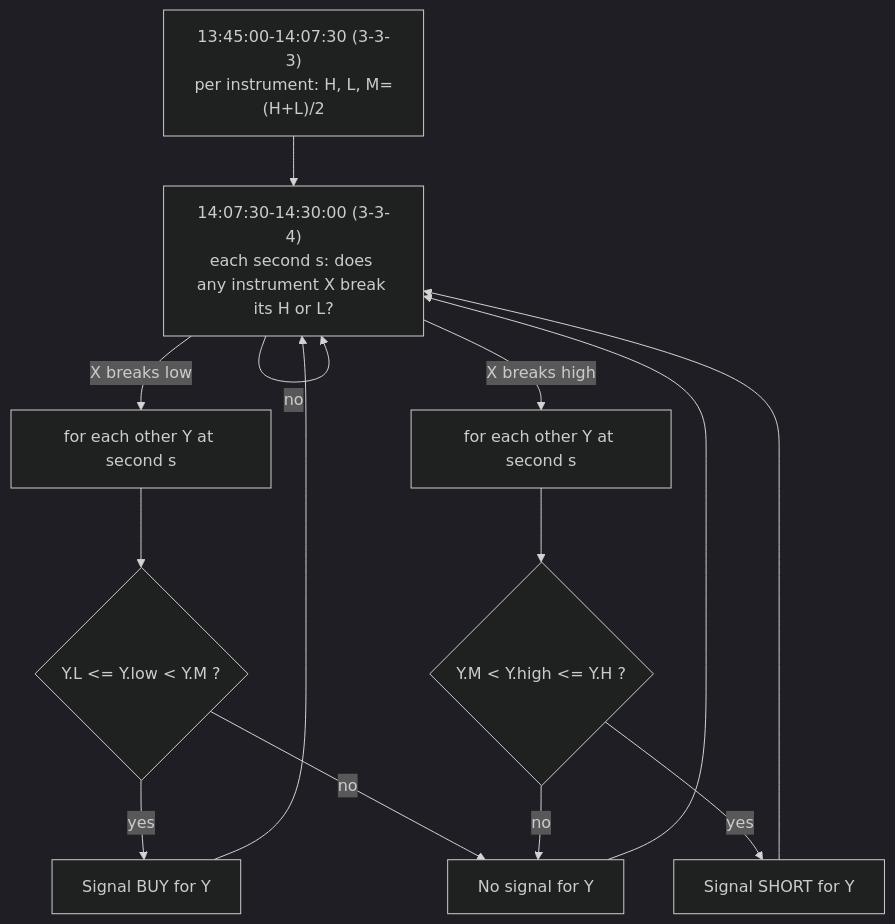
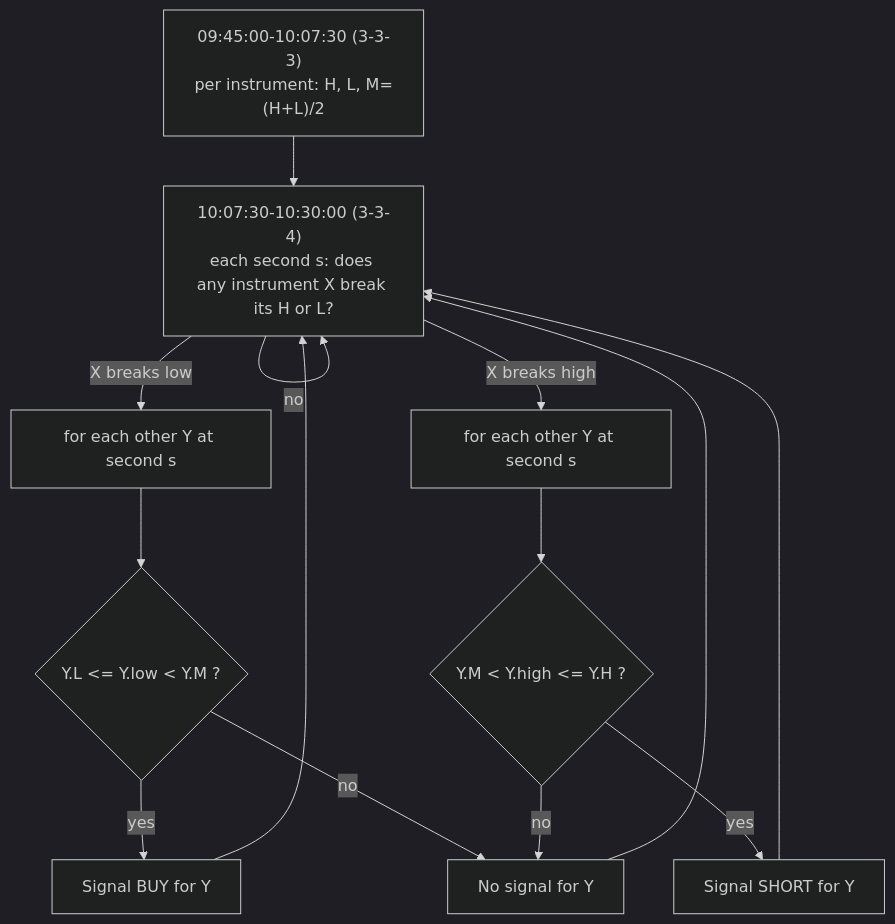
One commit to parvanescu/ict-backtest-engine changed the diagram in documents/implementation_strategy/rules/sequence_range_sweep.md. Above: the diagram before and after it, drawn with Mermaid (dark theme). The commit also changed other lines of this file and 551 other files, not shown here.

````diff
--- a/documents/implementation_strategy/rules/sequence_range_sweep.md
+++ b/documents/implementation_strategy/rules/sequence_range_sweep.md
@@ -55,16 +57,16 @@
 ```mermaid
 flowchart TD
-    A["13:45:00-14:07:30 (3-3-3)<br/>per instrument: H, L, M=(H+L)/2"] --> B["14:07:30-14:30:00 (3-3-4)<br/>each second s: does any instrument X break its H or L?"]
+    A["09:45:00-10:07:30 (3-3-3)<br/>per instrument: H, L, M=(H+L)/2"] --> B["10:07:30-10:30:00 (3-3-4)<br/>each second s: does any instrument X break its H or L?"]
     B -- no --> B
     B -- "X breaks low" --> C["for each other Y at second s"]
     B -- "X breaks high" --> D["for each other Y at second s"]
     C --> E{"Y.L <= Y.low < Y.M ?"}
     D --> F{"Y.M < Y.high <= Y.H ?"}
     E -- yes --> G["Signal BUY for Y"]
     E -- no --> H["No signal for Y"]
     F -- yes --> I["Signal SHORT for Y"]
     F -- no --> H
     G --> B
     H --> B
     I --> B
 ```
````
